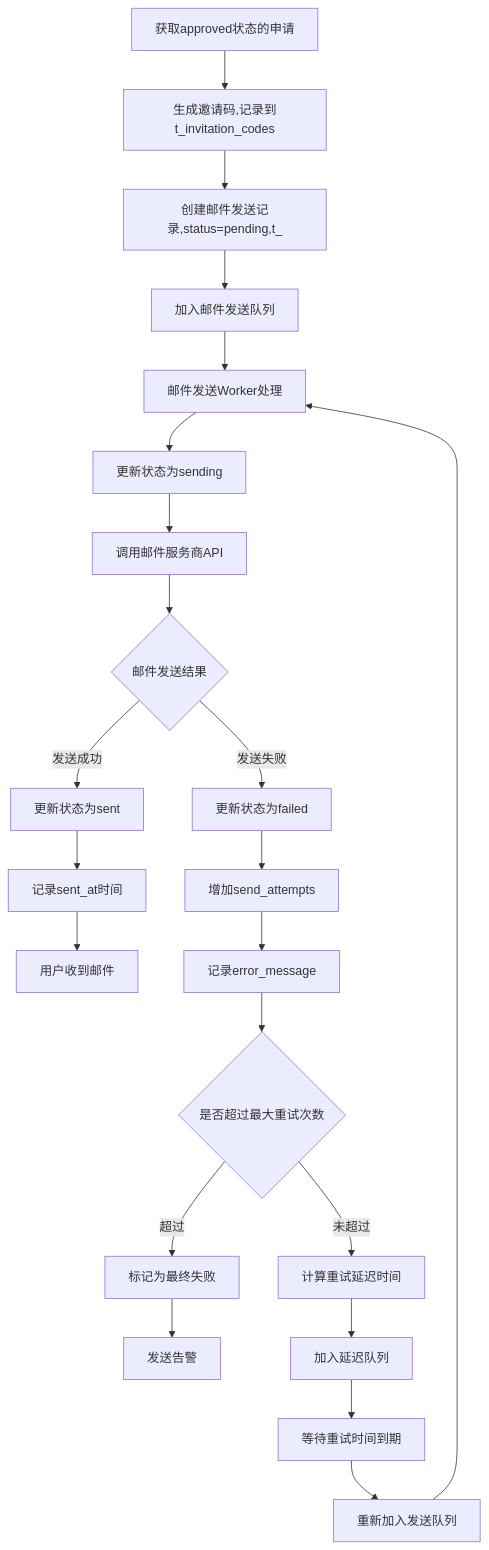
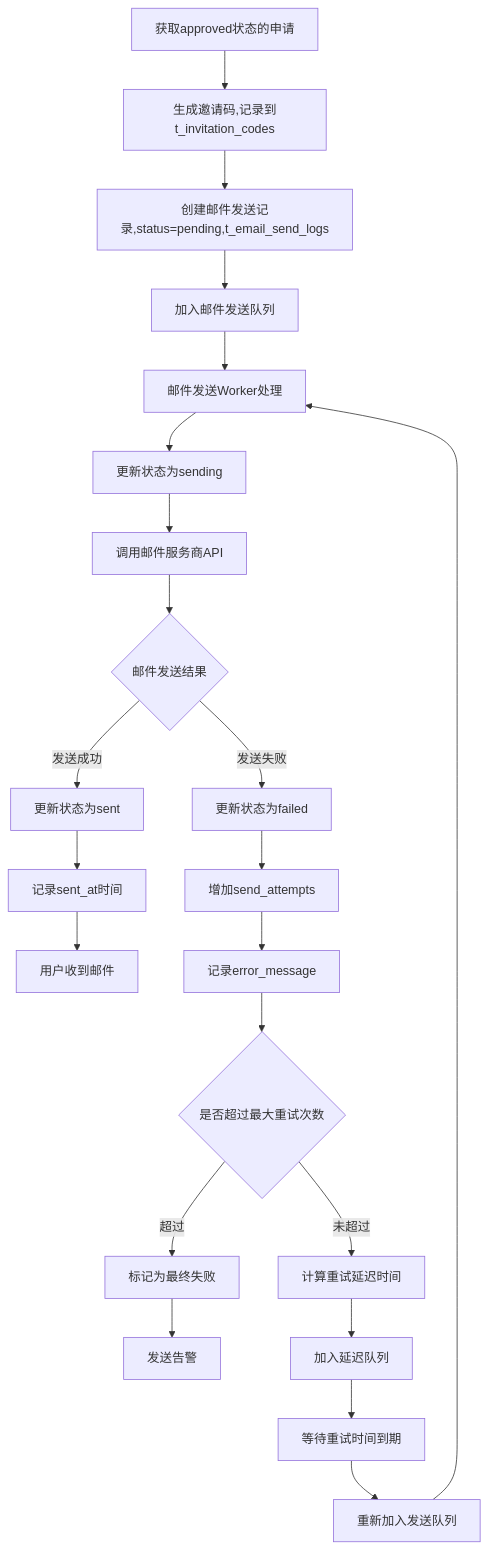
The diagram in all/未命名-77.md (yingjianzh/iodraw-files), drawn with Mermaid before and after one commit.

Commit message:
2025-07-08 10:05:29 update

````diff
--- a/all/未命名-77.md
+++ b/all/未命名-77.md
@@ -1,29 +1,29 @@
 ```mermaid
 
 flowchart TD
     A[获取approved状态的申请] --> B[生成邀请码,记录到t_invitation_codes]
-    B --> C[创建邮件发送记录,status=pending,t_]
+    B --> C[创建邮件发送记录,status=pending,t_email_send_logs]
     C --> D[加入邮件发送队列]
     
     D --> E[邮件发送Worker处理]
     E --> F[更新状态为sending]
     F --> G[调用邮件服务商API]
     G --> H{邮件发送结果}
     
     H -->|发送成功| I[更新状态为sent]
     I --> J[记录sent_at时间]
     J --> K[用户收到邮件]
     
     H -->|发送失败| L[更新状态为failed]
     L --> M[增加send_attempts]
     M --> N[记录error_message]
     N --> O{是否超过最大重试次数}
     O -->|超过| P[标记为最终失败]
     P --> Q[发送告警]
     O -->|未超过| R[计算重试延迟时间]
     R --> S[加入延迟队列]
     S --> T[等待重试时间到期]
     T --> U[重新加入发送队列]
     U --> E
 
 ```
````
